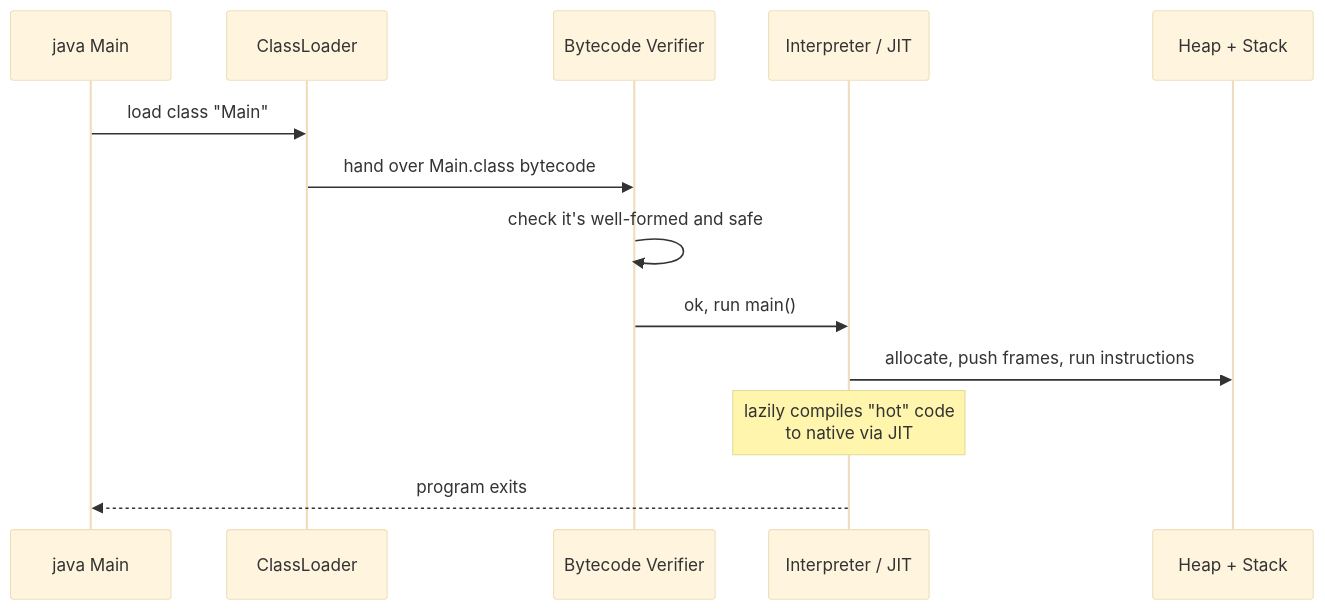
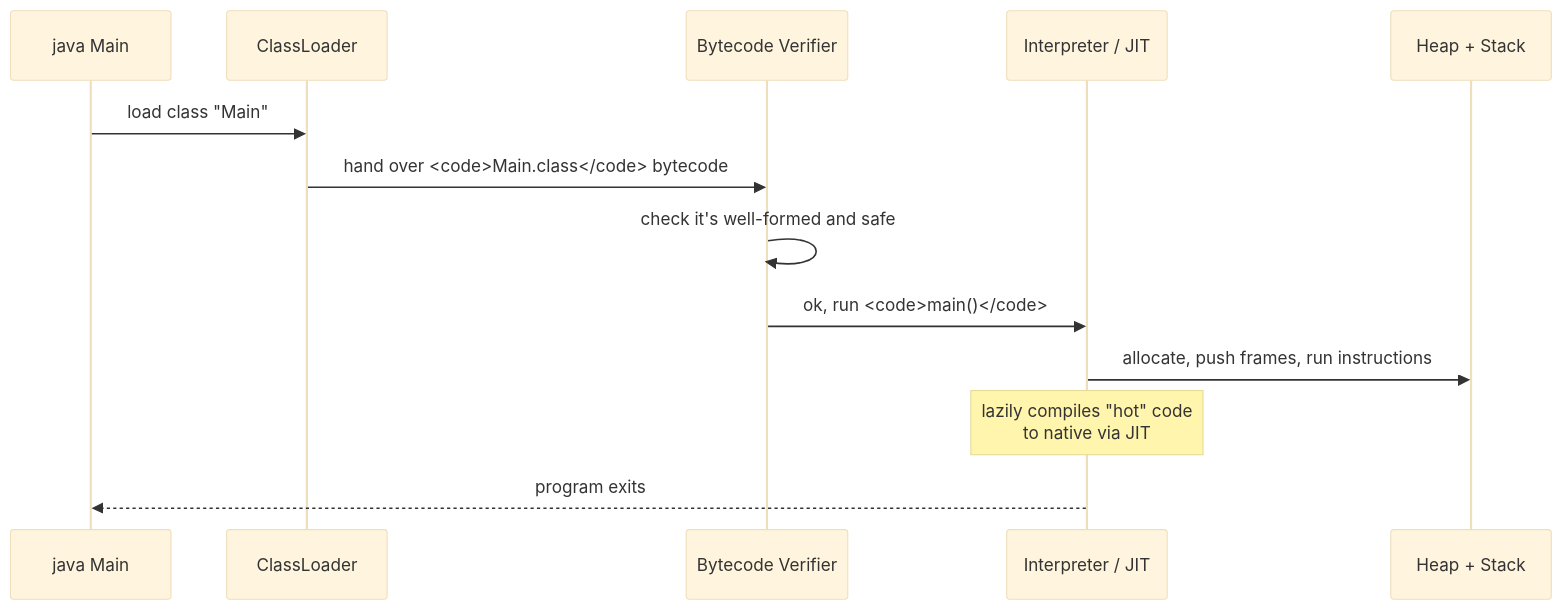
Before and after one commit to dataslope/dataslope: the second of 3 diagrams in content/courses/java-programming-for-beginners/how-programs-execute.mdx, drawn with Mermaid (base theme). The commit also changed 65 other files, not shown here.

First line of the commit message:
Set code in every mermaid label in the mono face

````diff
--- a/content/courses/java-programming-for-beginners/how-programs-execute.mdx
+++ b/content/courses/java-programming-for-beginners/how-programs-execute.mdx
@@ -71,16 +71,16 @@
 ```mermaid
 sequenceDiagram
     participant CLI as java Main
     participant CL as ClassLoader
     participant V as Bytecode Verifier
     participant I as Interpreter / JIT
     participant H as Heap + Stack
 
     CLI->>CL: load class "Main"
-    CL->>V: hand over Main.class bytecode
+    CL->>V: hand over <code>Main.class</code> bytecode
     V->>V: check it's well-formed and safe
-    V->>I: ok, run main()
+    V->>I: ok, run <code>main()</code>
     I->>H: allocate, push frames, run instructions
     Note over I: lazily compiles "hot" code<br/>to native via JIT
     I-->>CLI: program exits
 ```
````
